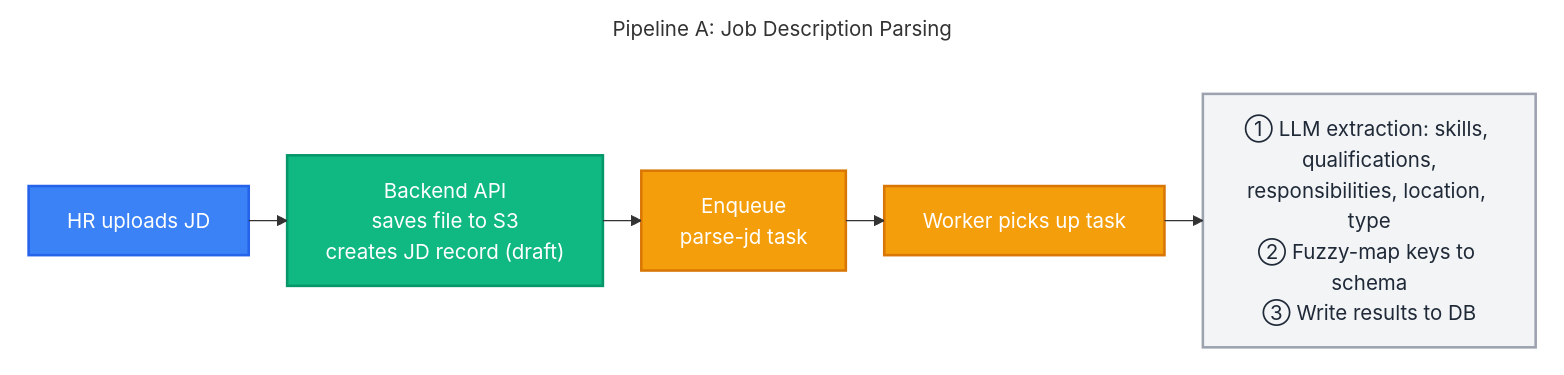
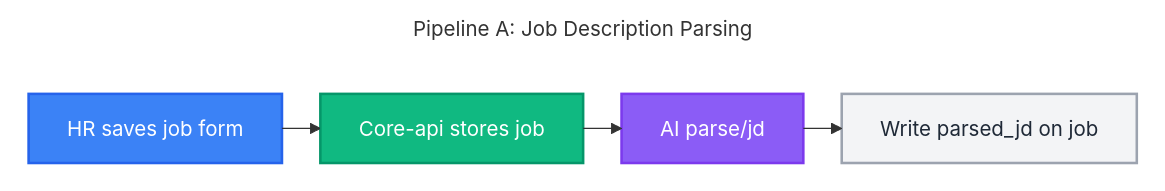
Before and after one commit to joshsoftware/EZScreen: the first of 4 diagrams in docs/architecture/AI_PROCESSING.md, drawn with Mermaid. The commit also changed other lines of this file and 139 other files, not shown here.

First line of the commit message:
Core User Flow (#27)

````diff
--- a/docs/architecture/AI_PROCESSING.md
+++ b/docs/architecture/AI_PROCESSING.md
@@ -26,31 +30,28 @@
 ```mermaid
 ---
 config:
   layout: elk
 ---
 flowchart LR
  subgraph PA["Pipeline A: Job Description Parsing"]
     direction LR
-        PA1["HR uploads JD"]
-        PA2["Backend API<br>saves file to S3<br>creates JD record (draft)"]
-        PA3["Enqueue<br>parse-jd task"]
-        PA4["Worker picks up task"]
-        PA5["① LLM extraction: skills, qualifications,<br>responsibilities, location, type<br>② Fuzzy-map keys to schema<br>③ Write results to DB"]
+        PA1["HR saves job form"]
+        PA2["Core-api stores job"]
+        PA3["AI parse/jd"]
+        PA4["Write parsed_jd on job"]
   end
     PA1 --> PA2
     PA2 --> PA3
     PA3 --> PA4
-    PA4 --> PA5
 
      PA1:::actor
      PA2:::backend
-     PA3:::queue
-     PA4:::queue
-     PA5:::process
+     PA3:::ai
+     PA4:::process
     classDef actor fill:#3b82f6,stroke:#2563eb,stroke-width:2px,color:white
     classDef backend fill:#10b981,stroke:#059669,stroke-width:2px,color:white
     classDef queue fill:#f59e0b,stroke:#d97706,stroke-width:2px,color:white
     classDef ai fill:#8b5cf6,stroke:#7c3aed,stroke-width:2px,color:white
     classDef process fill:#f3f4f6,stroke:#9ca3af,stroke-width:2px,color:#1f2937
     style PA fill:transparent,stroke:transparent,stroke-width:2px,stroke-dasharray: 5 5
 ```
````
